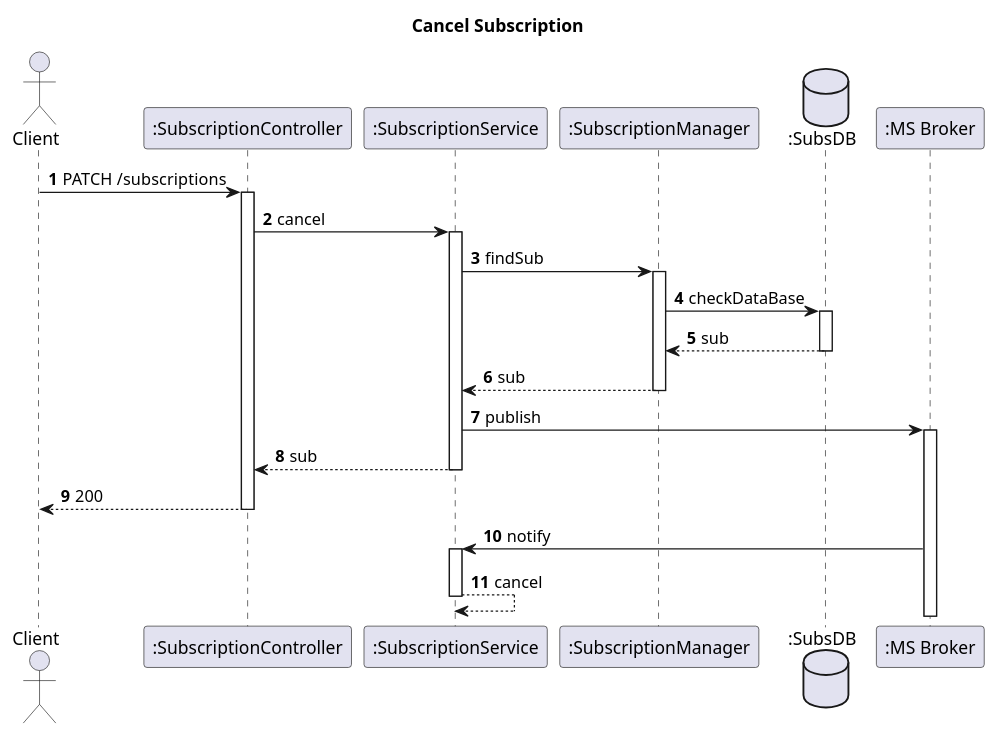
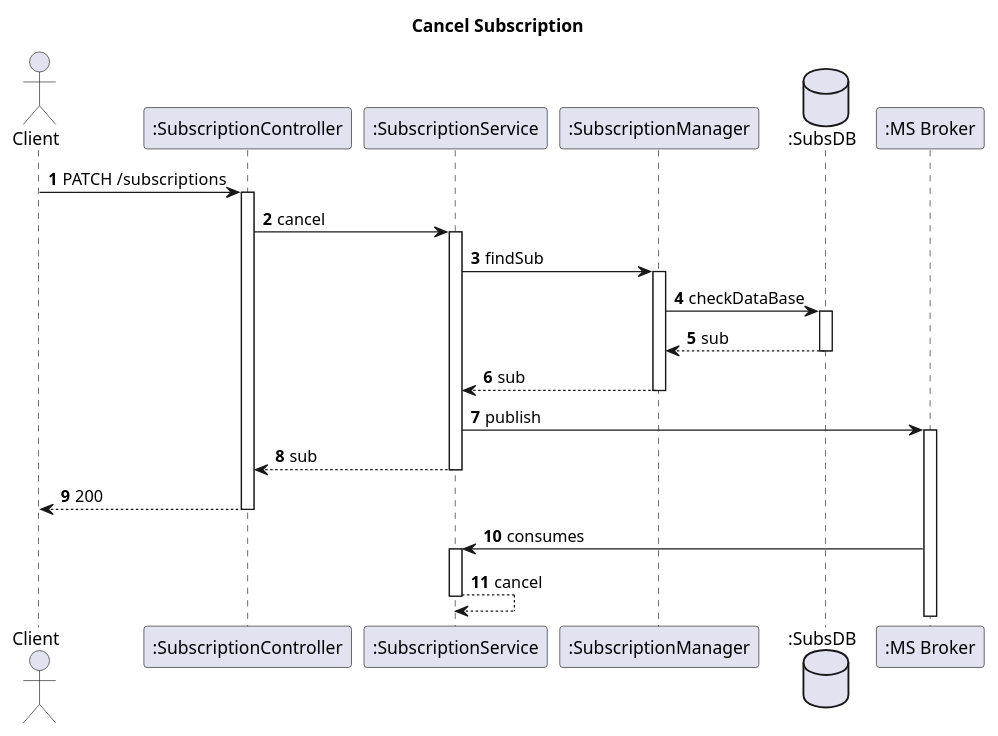
One commit to IsepMartimOliveira/SIDIS changed the diagram in docs_sidis/Segunda_Avalição/Subs/Vista Logica/N3/CancelSub.puml. Above: the diagram before and after it, drawn with PlantUML. The commit also changed 23 other files, not shown here.

```diff
--- a/docs_sidis/Segunda_Avalição/Subs/Vista Logica/N3/CancelSub.puml
+++ b/docs_sidis/Segunda_Avalição/Subs/Vista Logica/N3/CancelSub.puml
@@ -1,32 +1,32 @@
 @startuml
 'https://plantuml.com/sequence-diagram
 autoactivate on
 autonumber
 title  Cancel Subscription
 
 autonumber
 
 actor "Client" as Ac
 participant ":SubscriptionController" as Auth
 participant ":SubscriptionService" as SService
 participant ":SubscriptionManager" as UManager
 database ":SubsDB" as SDB
 participant ":MS Broker" as Broker
 
 
 Ac->Auth: PATCH /subscriptions
 Auth->SService: cancel
 
 
 SService->UManager: findSub
 UManager->SDB: checkDataBase
 SDB-->UManager:sub
 UManager --> SService:sub
 SService->Broker: publish
 SService -->Auth:sub
 Auth --> Ac : 200
 
-Broker-> SService: notify
+Broker-> SService: consumes
 SService --> SService: cancel
 
 @enduml
```
